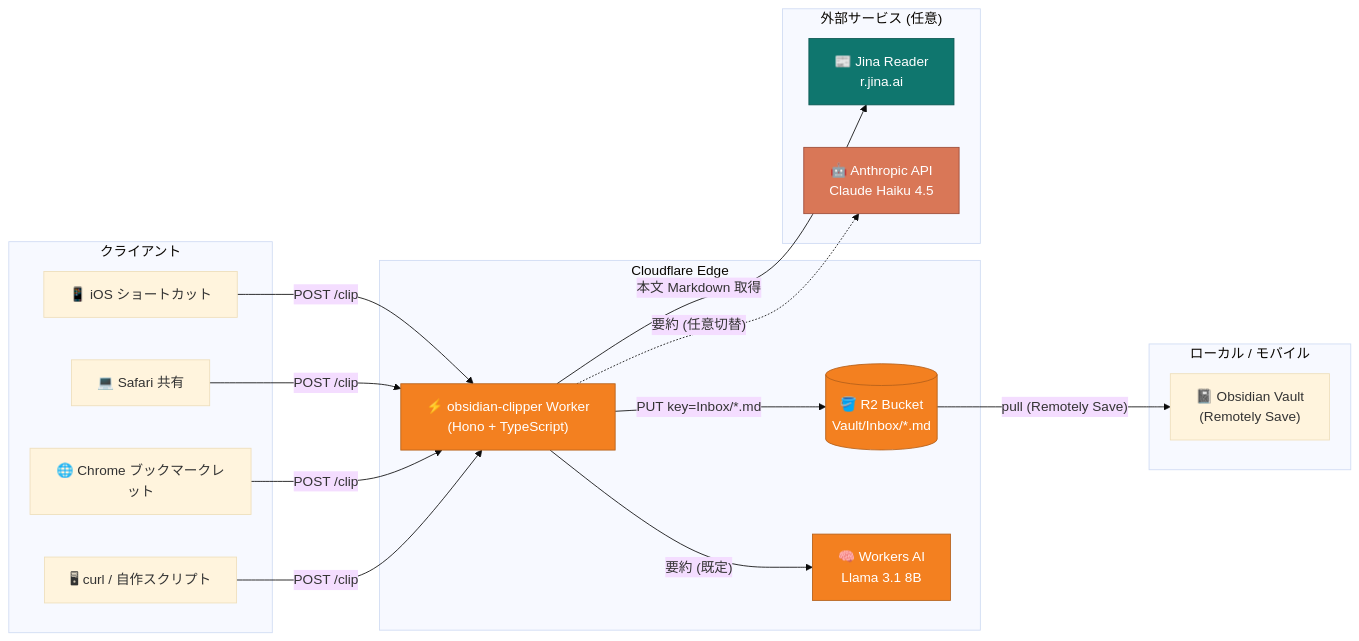
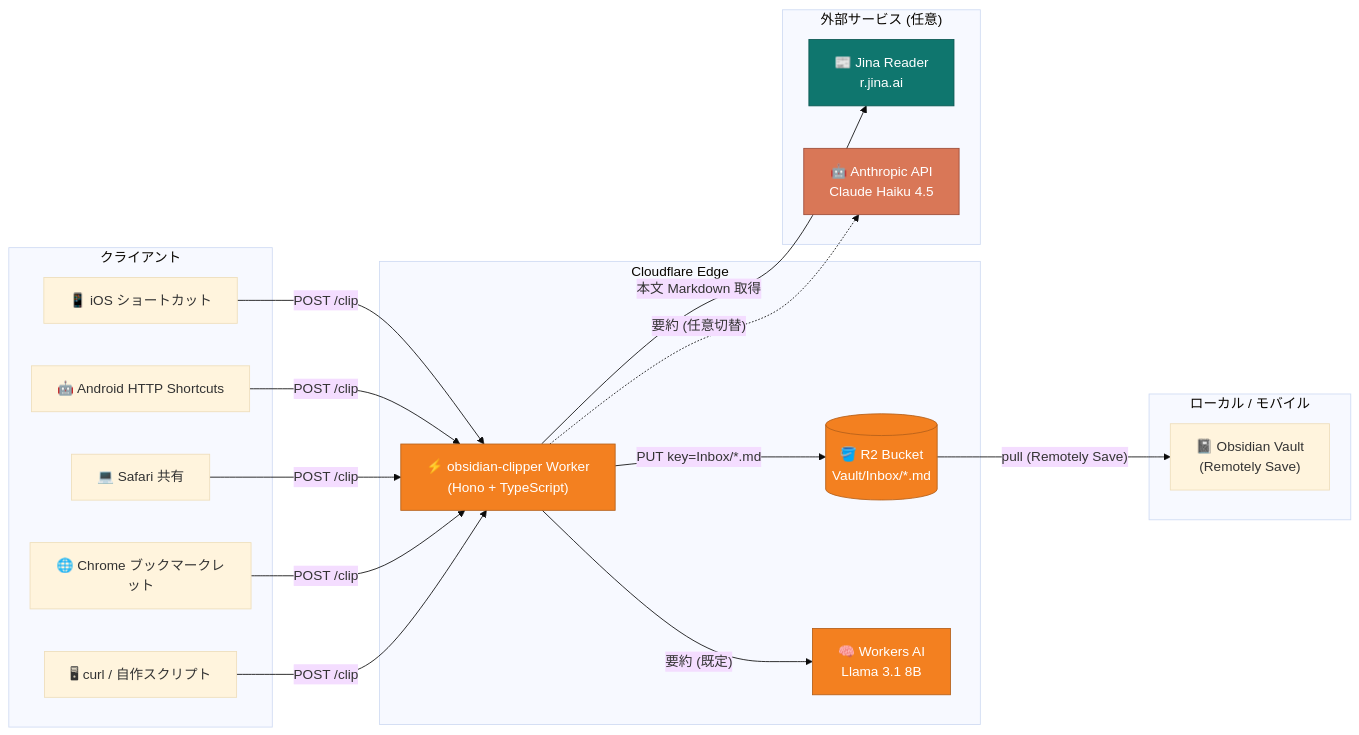
Before and after one commit to keroway/obsidian-clipper: the first of 2 diagrams in README.md, drawn with Mermaid (base theme). The commit also changed other lines of this file and 1 other file, not shown here.

Commit message:
docs(client): add Android client guide via HTTP Shortcuts (#22)

````diff
--- a/README.md
+++ b/README.md
@@ -76,43 +76,45 @@
 ```mermaid
 flowchart LR
     subgraph Clients["クライアント"]
         iOS["📱 iOS ショートカット"]
+        Android["🤖 Android HTTP Shortcuts"]
         Mac["💻 Safari 共有"]
         Chrome["🌐 Chrome ブックマークレット"]
         Curl["🖥 curl / 自作スクリプト"]
     end
 
     subgraph Cloudflare["Cloudflare Edge"]
         Worker["⚡ obsidian-clipper Worker<br/>(Hono + TypeScript)"]
         R2[("🪣 R2 Bucket<br/>Vault/Inbox/*.md")]
         AI["🧠 Workers AI<br/>Llama 3.1 8B"]
     end
 
     subgraph External["外部サービス (任意)"]
         Jina["📰 Jina Reader<br/>r.jina.ai"]
         Anthropic["🤖 Anthropic API<br/>Claude Haiku 4.5"]
     end
 
     subgraph Obsidian["ローカル / モバイル"]
         Vault["📓 Obsidian Vault<br/>(Remotely Save)"]
     end
 
-    iOS    -- "POST /clip" --> Worker
-    Mac    -- "POST /clip" --> Worker
-    Chrome -- "POST /clip" --> Worker
-    Curl   -- "POST /clip" --> Worker
+    iOS     -- "POST /clip" --> Worker
+    Android -- "POST /clip" --> Worker
+    Mac     -- "POST /clip" --> Worker
+    Chrome  -- "POST /clip" --> Worker
+    Curl    -- "POST /clip" --> Worker
 
     Worker -- "本文 Markdown 取得" --> Jina
     Worker -- "要約 (既定)"        --> AI
     Worker -. "要約 (任意切替)"    .-> Anthropic
     Worker -- "PUT key=Inbox/*.md" --> R2
 
     R2 -- "pull (Remotely Save)" --> Vault
 
     classDef edge fill:#F38020,color:#fff,stroke:#B5601A;
     classDef ext  fill:#0f766e,color:#fff,stroke:#0a5752;
     classDef ai   fill:#D97757,color:#fff,stroke:#9C4C39;
     class Worker,R2,AI edge;
     class Jina ext;
     class Anthropic ai;
 ```
````
